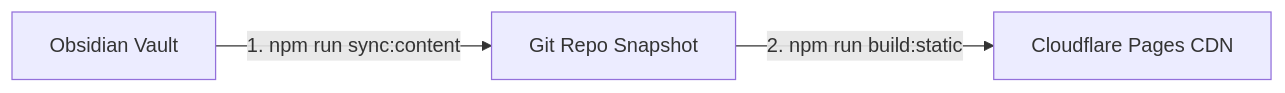
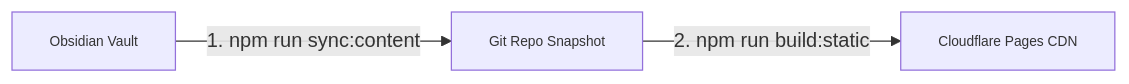
Before and after one commit to joeseverino/jseverino.com: the first of 2 diagrams in docs/Architecture.md, drawn with Mermaid. The commit also changed other lines of this file and 6 other files, not shown here.

First line of the commit message:
doc: restore stable graph syntax and apply font-size scaling to Mermaid

````diff
--- a/docs/Architecture.md
+++ b/docs/Architecture.md
@@ -9,5 +9,7 @@
 ```mermaid
 graph LR
-    Vault["Obsidian Vault  "] -->|1. npm run sync:content  | Repo["Git Repo Snapshot  "]
-    Repo -->|2. npm run build:static  | CF["Cloudflare Pages CDN  "]
+    Vault["Obsidian Vault"] -->|1. npm run sync:content| Repo["Git Repo Snapshot"]
+    Repo -->|2. npm run build:static| CF["Cloudflare Pages CDN"]
+
+    classDef default font-size:11px;
 ```
````
